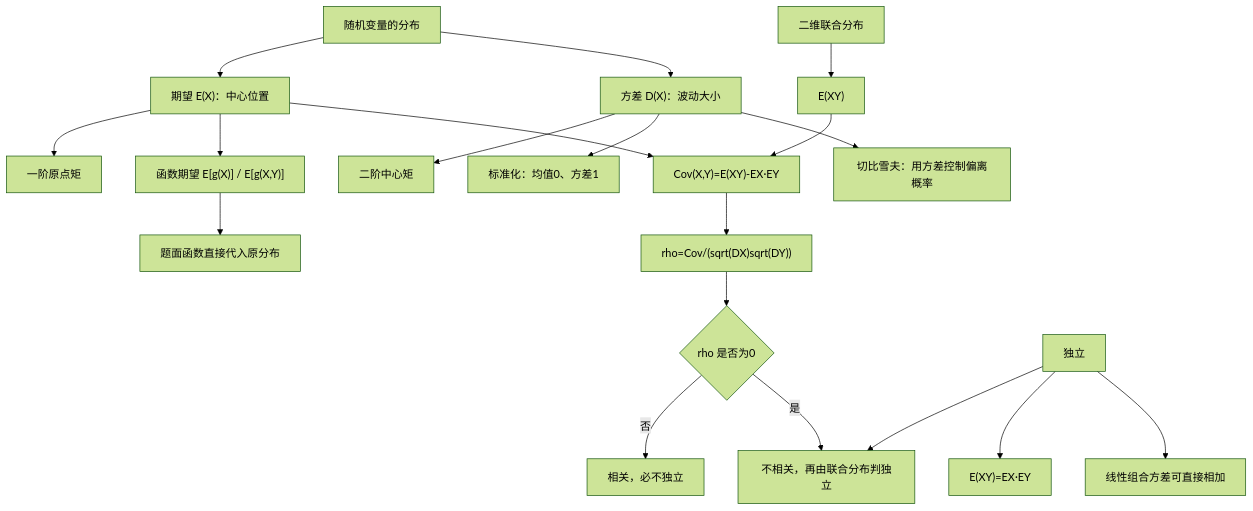
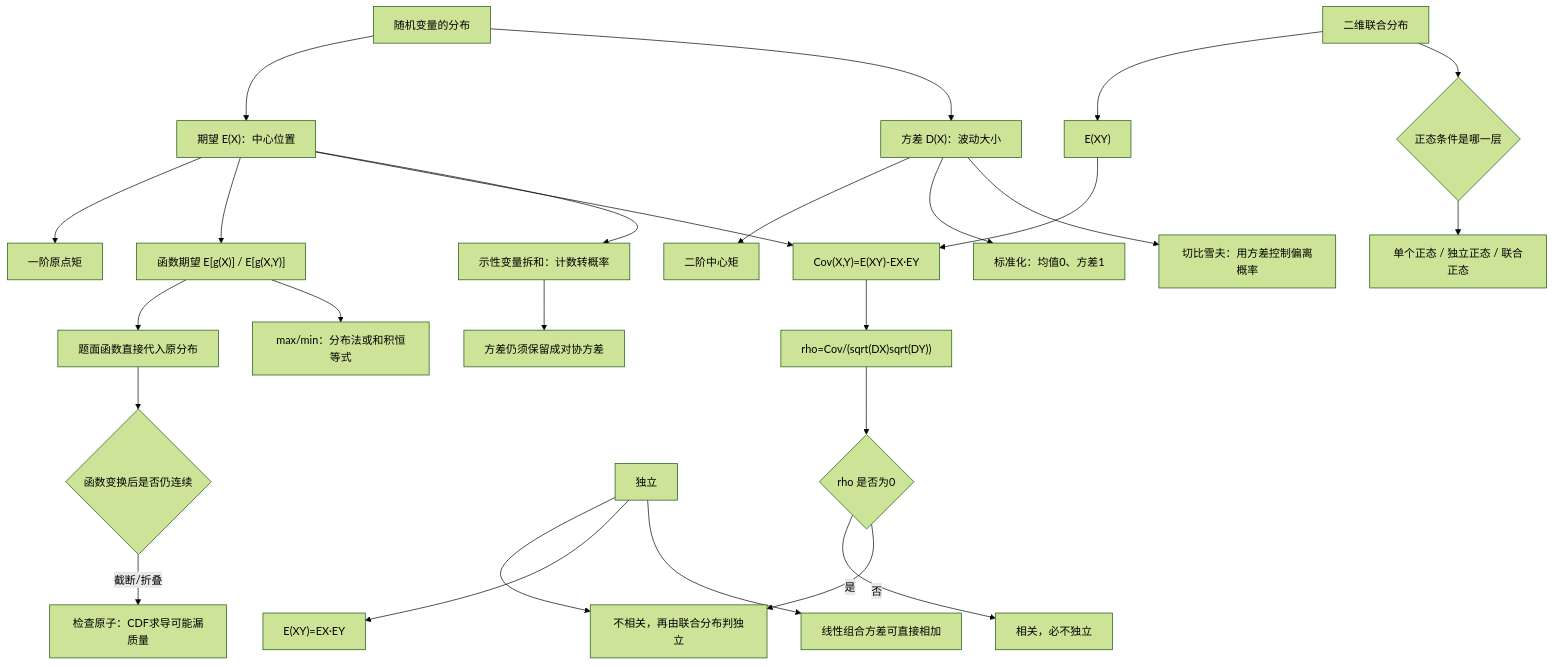
The diagram in 考研数学/张宇基础30讲笔记/28_概率第4讲_随机变量的数字特征.md (Cthaat/Obsidian), drawn with Mermaid (forest theme) before and after one commit. The commit also changed other lines of this file and 8 other files, not shown here.

````diff
--- a/考研数学/张宇基础30讲笔记/28_概率第4讲_随机变量的数字特征.md
+++ b/考研数学/张宇基础30讲笔记/28_概率第4讲_随机变量的数字特征.md
@@ -46,21 +51,28 @@
 ```mermaid
 flowchart TD
     A["随机变量的分布"] --> B["期望 E(X)：中心位置"]
     A --> C["方差 D(X)：波动大小"]
     B --> D["一阶原点矩"]
     C --> E["二阶中心矩"]
     B --> F["函数期望 E[g(X)] / E[g(X,Y)]"]
     C --> G["标准化：均值0、方差1"]
     H["二维联合分布"] --> I["E(XY)"]
     B --> J["Cov(X,Y)=E(XY)-EX·EY"]
     I --> J
     J --> K["rho=Cov/(sqrt(DX)sqrt(DY))"]
     K --> L{"rho 是否为0"}
     L -->|否| M["相关，必不独立"]
     L -->|是| N["不相关，再由联合分布判独立"]
     O["独立"] --> N
     O --> P["E(XY)=EX·EY"]
     O --> Q["线性组合方差可直接相加"]
     C --> R["切比雪夫：用方差控制偏离概率"]
     F --> S["题面函数直接代入原分布"]
+    S --> T{"函数变换后是否仍连续"}
+    T -->|截断/折叠| U["检查原子：CDF求导可能漏质量"]
+    F --> V["max/min：分布法或和积恒等式"]
+    B --> W["示性变量拆和：计数转概率"]
+    W --> X["方差仍须保留成对协方差"]
+    H --> Y{"正态条件是哪一层"}
+    Y --> Z["单个正态 / 独立正态 / 联合正态"]
 ```
````
